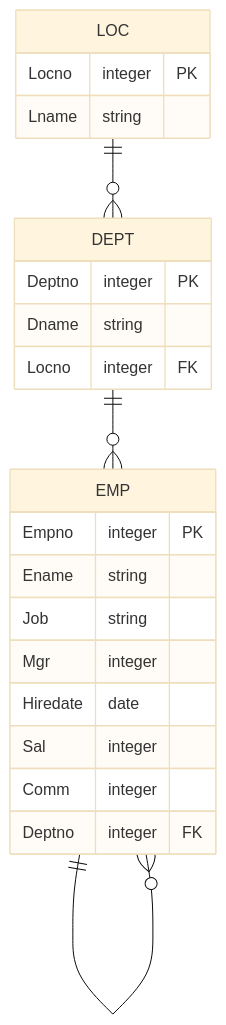
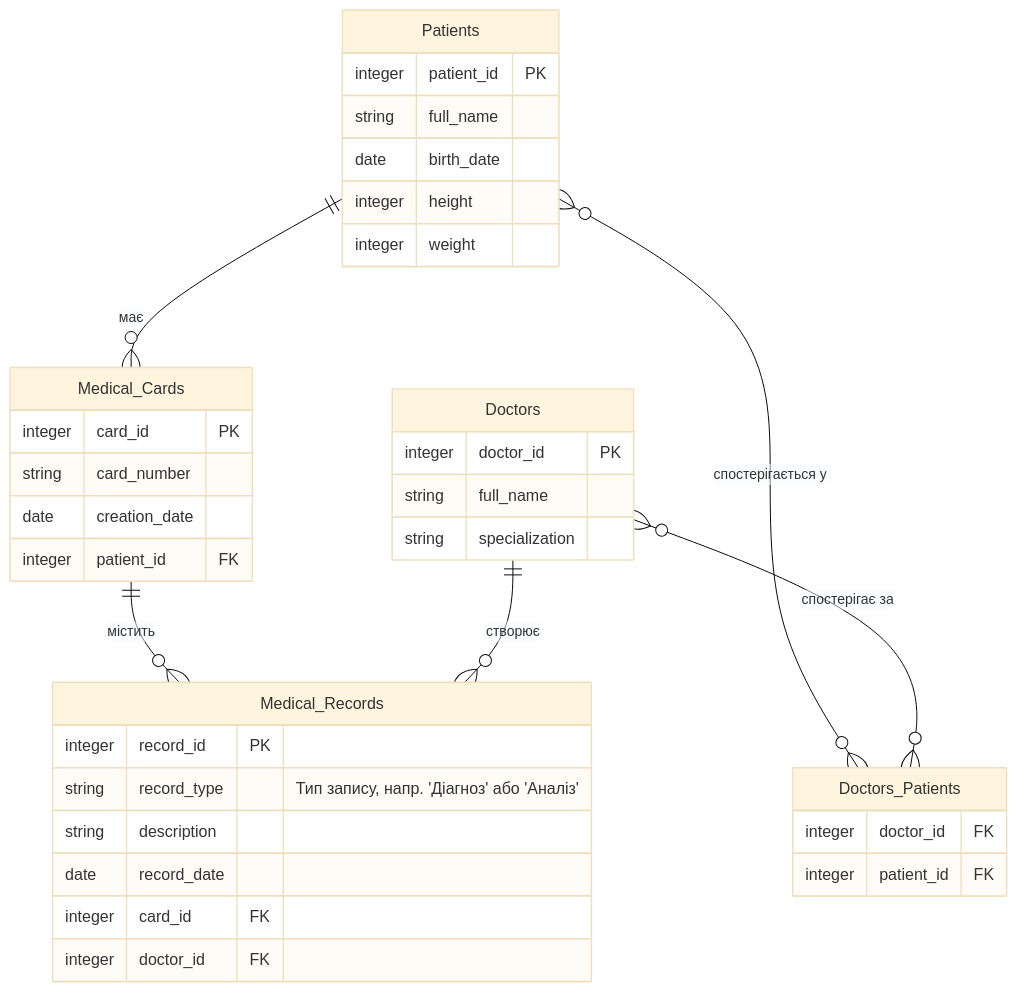
One commit to maksimsq/test-sw changed the diagram in DB-CW-3/RelDB.md. Above: the diagram before and after it, drawn with Mermaid (base theme).

Commit message:
Update ER diagram with Patients and Doctors entities

````diff
--- a/DB-CW-3/RelDB.md
+++ b/DB-CW-3/RelDB.md
@@ -1,29 +1,46 @@
 ```mermaid
 erDiagram
-    LOC {
-        Locno integer PK
-        Lname string
+    Patients {
+        integer patient_id PK
+        string full_name
+        date birth_date
+        integer height
+        integer weight
     }
 
-    DEPT {
-        Deptno integer PK
-        Dname string
-        Locno integer FK
+    Doctors {
+        integer doctor_id PK
+        string full_name
+        string specialization
     }
 
-    EMP {
-        Empno integer PK
-        Ename string
-        Job string
-        Mgr integer
-        Hiredate date
-        Sal integer
-        Comm integer
-        Deptno integer FK
+    %% Сполучна таблиця для зв'язку "багато-до-багатьох"
+    Doctors_Patients {
+        integer doctor_id FK
+        integer patient_id FK
     }
 
-    %% Відношення (PK / FK)
-    LOC ||--o{ DEPT : ""
-    DEPT ||--o{ EMP : ""
-    EMP ||--o{ EMP : ""
+    Medical_Cards {
+        integer card_id PK
+        string card_number
+        date creation_date
+        integer patient_id FK
+    }
+
+    Medical_Records {
+        integer record_id PK
+        string record_type "Тип запису, напр. 'Діагноз' або 'Аналіз'"
+        string description
+        date record_date
+        integer card_id FK
+        integer doctor_id FK
+    }
+
+    %% Зв'язки
+    Patients ||--o{ Medical_Cards : "має"
+    Patients }o--o{ Doctors_Patients : "спостерігається у"
+    Doctors }o--o{ Doctors_Patients : "спостерігає за"
+    
+    Medical_Cards ||--o{ Medical_Records : "містить"
+    Doctors ||--o{ Medical_Records : "створює"
 ```
````
